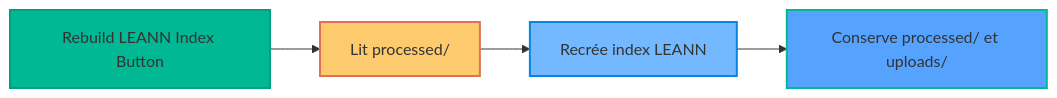
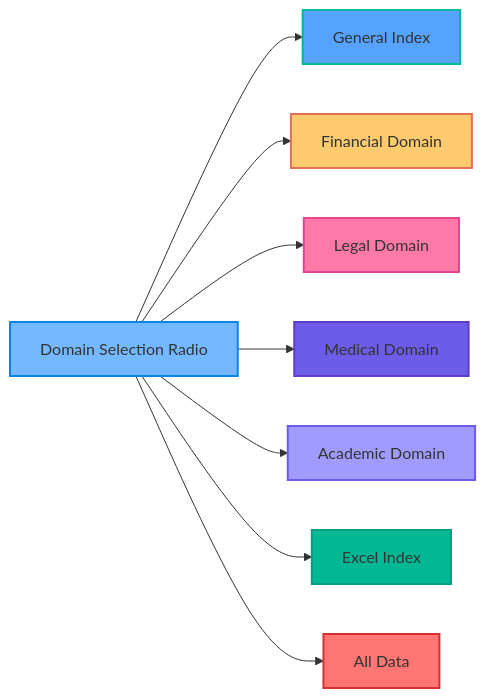
One commit to Mil100057/Myr-Ag-system changed the second of 6 diagrams in docs/cleaning_buttons_analysis.md. Above: the diagram before and after it, drawn with Mermaid. The commit also changed other lines of this file and 24 other files, not shown here.

````diff
--- a/docs/cleaning_buttons_analysis.md
+++ b/docs/cleaning_buttons_analysis.md
@@ -35,11 +53,19 @@
 ```mermaid
 graph LR
-    A["Rebuild LEANN Index Button"] --> B["Lit processed/"]
-    B --> C["Recrée index LEANN"]
-    C --> D["Conserve processed/ et uploads/"]
-    
-    style A fill:#00b894,stroke:#00a085,stroke-width:2px
-    style B fill:#fdcb6e,stroke:#e17055,stroke-width:2px
-    style C fill:#74b9ff,stroke:#0984e3,stroke-width:2px
-    style D fill:#55a3ff,stroke:#00b894,stroke-width:2px
+    A["Domain Selection Radio"] --> B["General Index"]
+    A --> C["Financial Domain"]
+    A --> D["Legal Domain"]
+    A --> E["Medical Domain"]
+    A --> F["Academic Domain"]
+    A --> G["Excel Index"]
+    A --> H["All Data"]
+  
+    style A fill:#74b9ff,stroke:#0984e3,stroke-width:2px
+    style B fill:#55a3ff,stroke:#00b894,stroke-width:2px
+    style C fill:#fdcb6e,stroke:#e17055,stroke-width:2px
+    style D fill:#fd79a8,stroke:#e84393,stroke-width:2px
+    style E fill:#6c5ce7,stroke:#5f3dc4,stroke-width:2px
+    style F fill:#a29bfe,stroke:#6c5ce7,stroke-width:2px
+    style G fill:#00b894,stroke:#00a085,stroke-width:2px
+    style H fill:#ff7675,stroke:#d63031,stroke-width:2px
 ```
````
